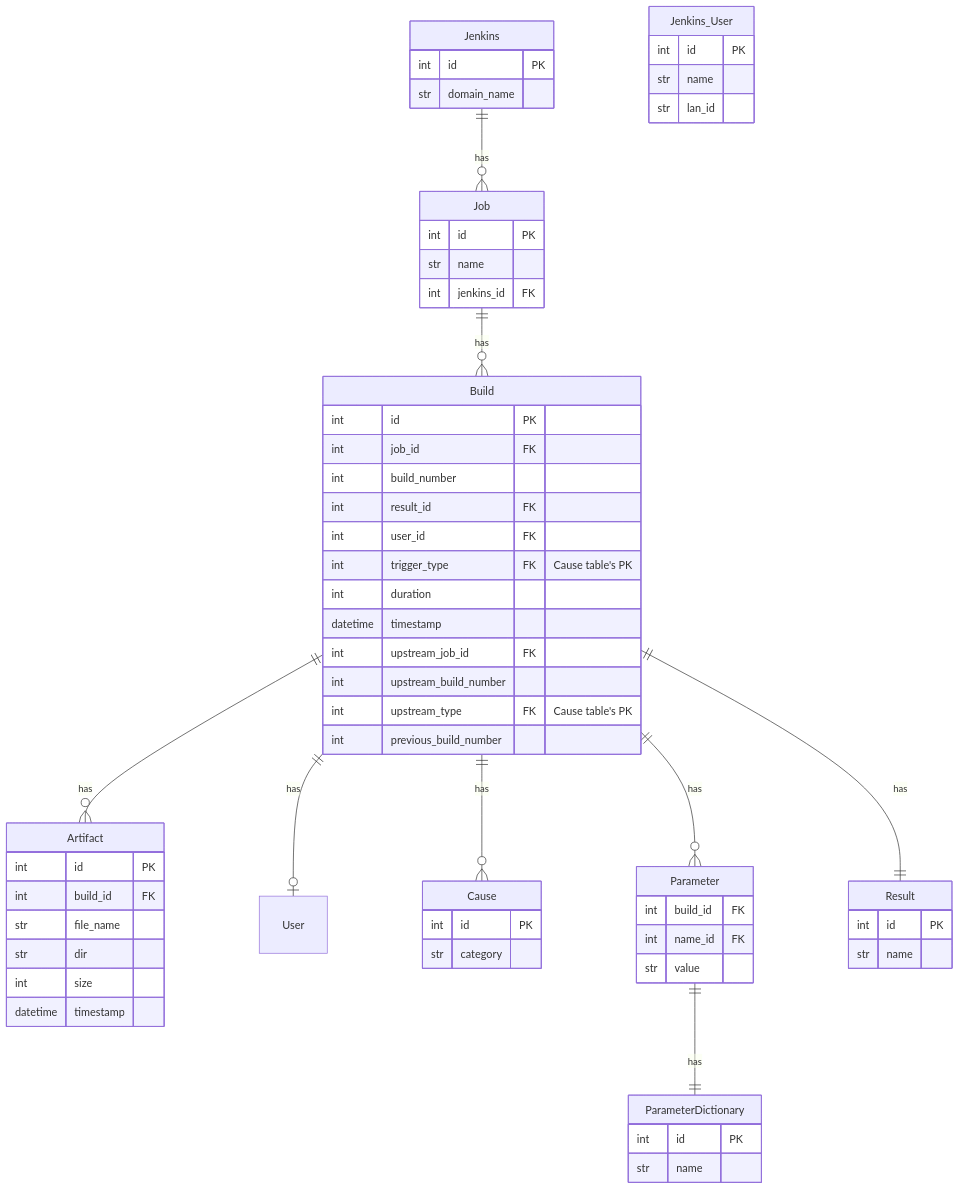
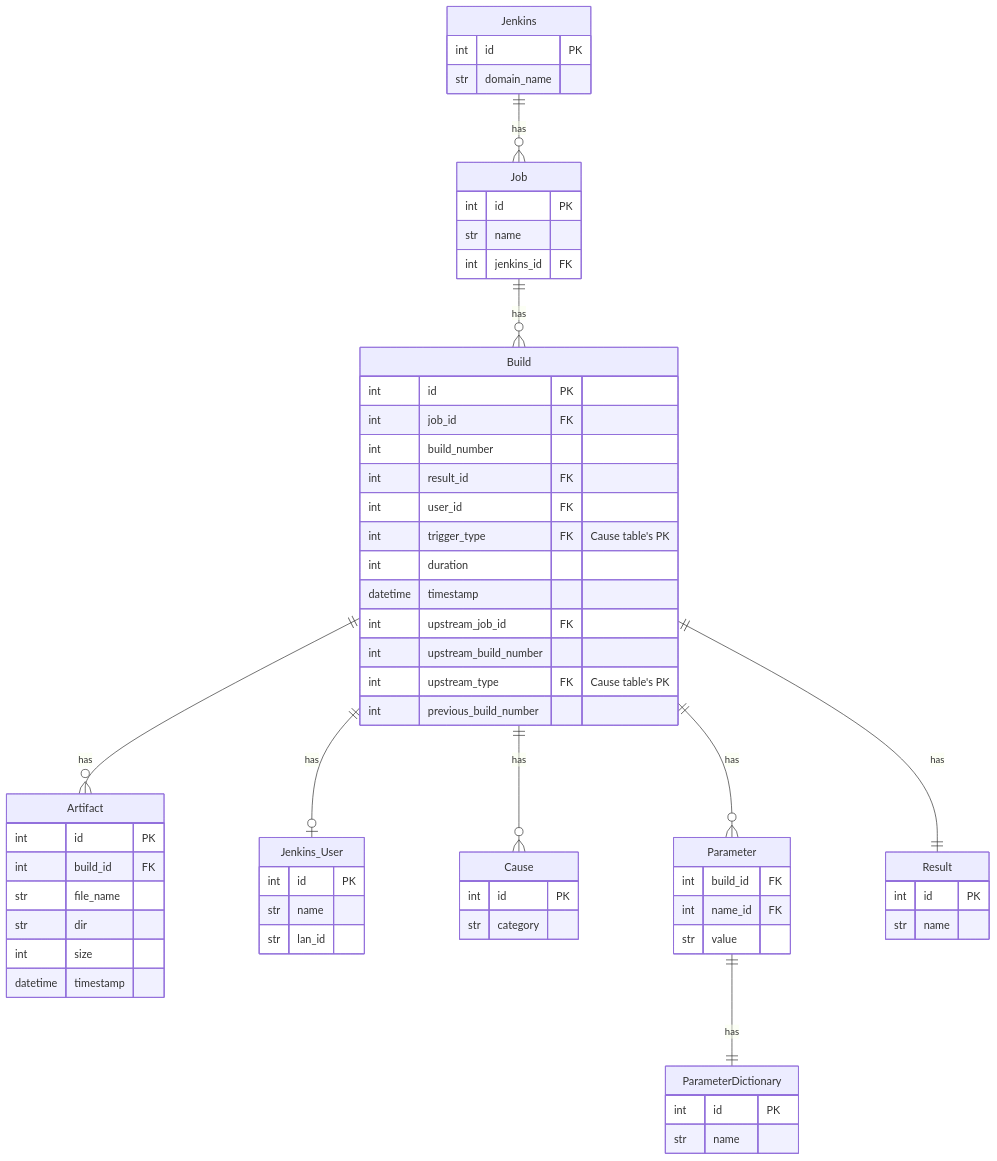
Before and after one commit to maxleow/duck_jenkins: the diagram in README.md, drawn with Mermaid.

Commit message:
adding corrected the user table name

````diff
--- a/README.md
+++ b/README.md
@@ -39,64 +39,64 @@
 ```mermaid
 erDiagram
     Jenkins ||--o{ Job: has
     Job ||--o{ Build: has
     Build ||--o{ Artifact: has
-    Build ||--o| User: has
+    Build ||--o| Jenkins_User: has
     Build ||--o{ Cause: has
     Build ||--o{ Parameter: has
     Build ||--|| Result: has
     Parameter ||--|| ParameterDictionary: has
     Jenkins{
         int id PK
         str domain_name
     }
     Job{
         int id  PK
         str name
         int jenkins_id FK
     }
     Result{
         int id PK
         str name
     }
     Jenkins_User{
         int id PK
         str name
         str lan_id
     }
     Cause{
         int id PK
         str category
     }
     Build{
         int id               PK
         int job_id           FK
         int build_number
         int result_id        FK
         int user_id          FK 
         int trigger_type     FK "Cause table's PK"
         int duration
         datetime timestamp
         int upstream_job_id FK
         int upstream_build_number
         int upstream_type   FK "Cause table's PK"
         int previous_build_number
     }
     ParameterDictionary{
         int id PK
         str name
     }
     Parameter{
         int build_id FK
         int name_id  FK
         str value
     }
     Artifact{
         int id        PK
         int build_id  FK
         str file_name
         str dir
         int size
         datetime timestamp
     }
 ```
````
